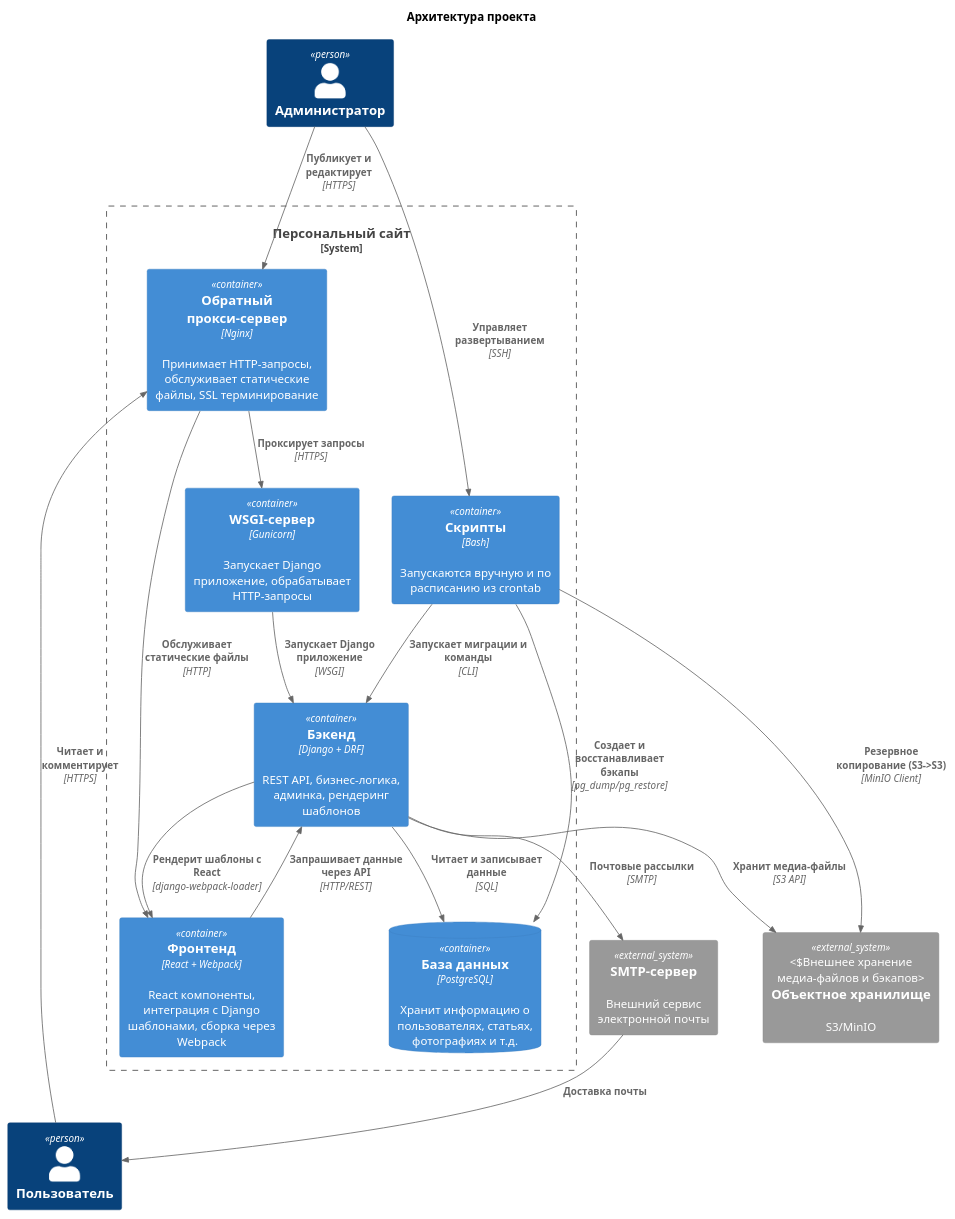
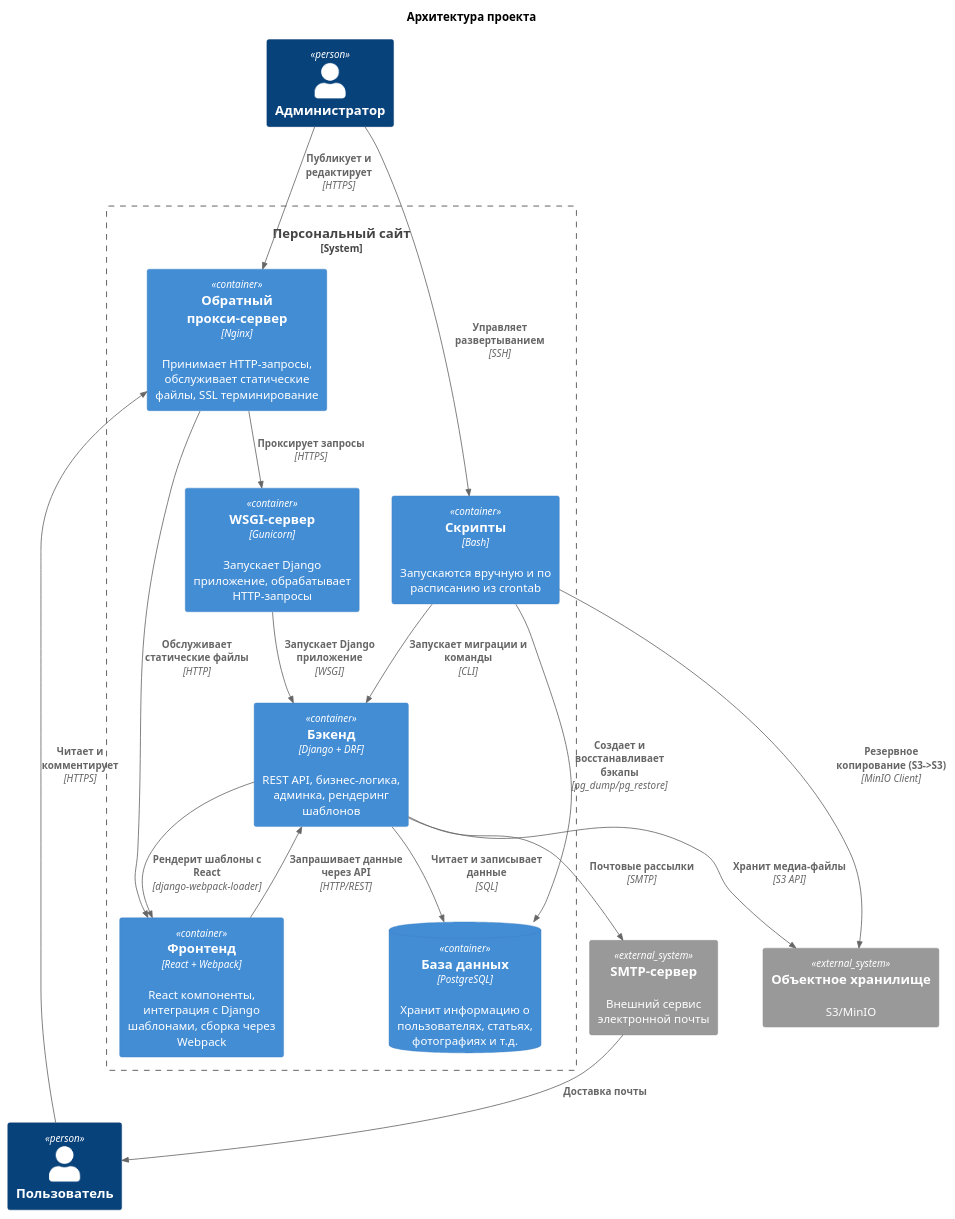
Before and after one commit to mikhpo/personal-website: the diagram in docs/diagrams/src/container.puml, drawn with PlantUML. The commit also changed 1 other file, not shown here.

Commit message:
fix(docs): убрать избыточный 4-й аргумент System_Ext для S3
Макрос System_Ext принимает 3 аргумента (alias, имя, описание) и не имеет
поля technology. Лишний аргумент «Внешнее хранение медиа-файлов и бэкапов»
удалён — «внешнее» уже следует из типа System_Ext. Перерендер container.svg
и context.svg.

Ссылка на задачу: #59

```diff
--- a/docs/diagrams/src/container.puml
+++ b/docs/diagrams/src/container.puml
@@ -1,36 +1,36 @@
 @startuml container
 
 !include <C4/C4_Container>
 
 title Архитектура проекта
 
 Person(user, "Пользователь")
 Person(admin, "Администратор")
 System_Boundary(project, "Персональный сайт") {
     Container(nginx, "Обратный прокси-сервер", "Nginx", "Принимает HTTP-запросы, обслуживает статические файлы, SSL терминирование")
     Container(gunicorn, "WSGI-сервер", "Gunicorn", "Запускает Django приложение, обрабатывает HTTP-запросы")
     Container(backend, "Бэкенд", "Django + DRF", "REST API, бизнес-логика, админка, рендеринг шаблонов")
     Container(frontend, "Фронтенд", "React + Webpack", "React компоненты, интеграция с Django шаблонами, сборка через Webpack")
     Container(scripts, "Скрипты", "Bash", "Запускаются вручную и по расписанию из crontab")
     ContainerDb(db, "База данных", "PostgreSQL", "Хранит информацию о пользователях, статьях, фотографиях и т.д.")
 }
-System_Ext(s3, "Объектное хранилище", "S3/MinIO", "Внешнее хранение медиа-файлов и бэкапов")
+System_Ext(s3, "Объектное хранилище", "S3/MinIO")
 System_Ext(smtp, "SMTP-сервер", "Внешний сервис электронной почты")
 
 Rel(admin, nginx, "Публикует и редактирует", "HTTPS")
 Rel(admin, scripts, "Управляет развертыванием", "SSH")
 Rel(user, nginx, "Читает и комментирует", "HTTPS")
 Rel(nginx, gunicorn, "Проксирует запросы", "HTTPS")
 Rel(nginx, frontend, "Обслуживает статические файлы", "HTTP")
 Rel(gunicorn, backend, "Запускает Django приложение", "WSGI")
 Rel(backend, frontend, "Рендерит шаблоны с React", "django-webpack-loader")
 Rel(frontend, backend, "Запрашивает данные через API", "HTTP/REST")
 Rel(backend, db, "Читает и записывает данные", "SQL")
 Rel(backend, s3, "Хранит медиа-файлы", "S3 API")
 Rel(backend, smtp, "Почтовые рассылки", "SMTP")
 Rel(smtp, user, "Доставка почты")
 Rel(scripts, backend, "Запускает миграции и команды", "CLI")
 Rel(scripts, db, "Создает и восстанавливает бэкапы", "pg_dump/pg_restore")
 Rel(scripts, s3, "Резервное копирование (S3->S3)", "MinIO Client")
 
 @enduml
```
